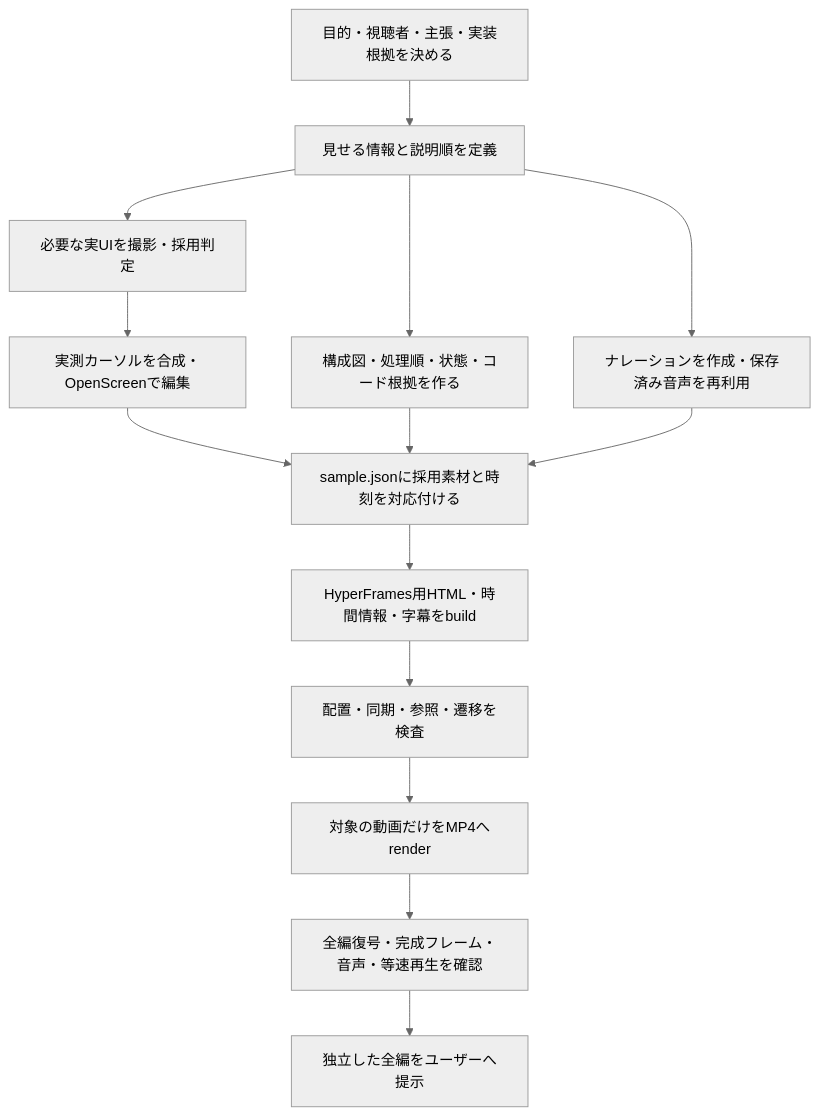
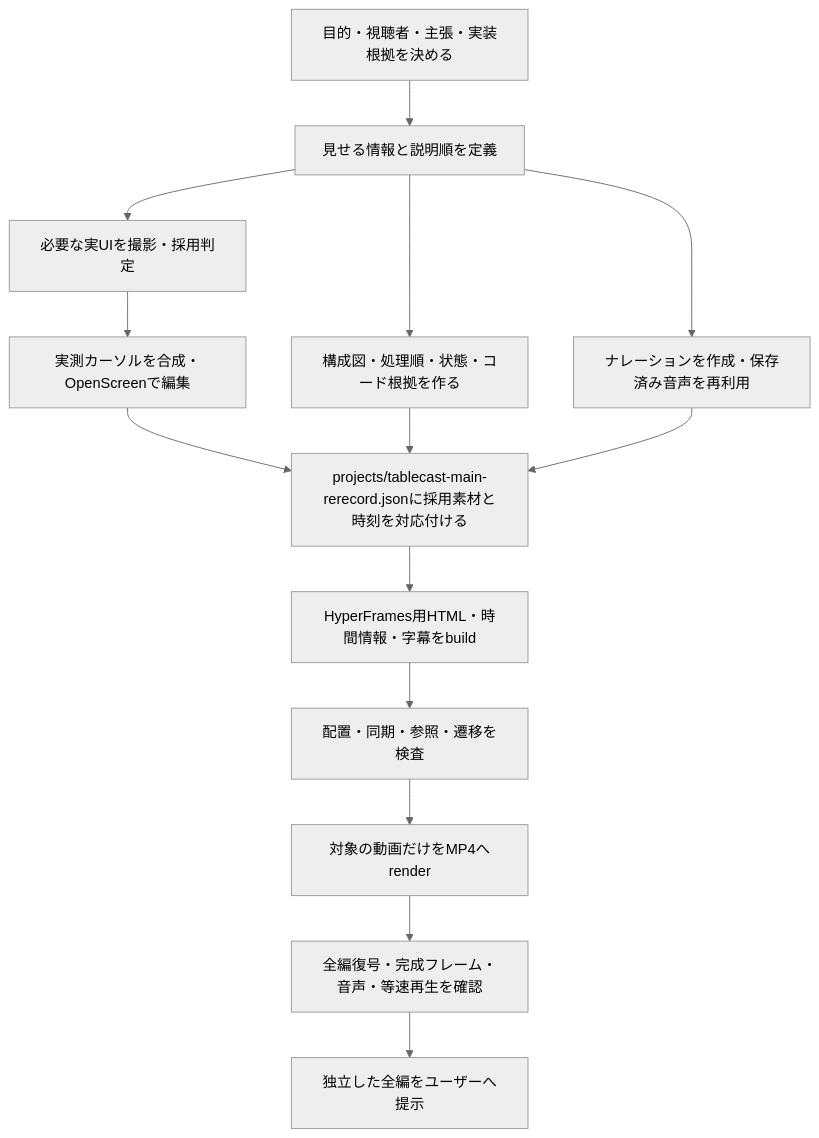
Before and after one commit to kit-codex-hack-fes-2026/tablecast-poc: the diagram in apps/presentation/GENERATION.md, drawn with Mermaid (neutral theme). The commit also changed other lines of this file and 207 other files, not shown here.

````diff
--- a/apps/presentation/GENERATION.md
+++ b/apps/presentation/GENERATION.md
@@ -25,16 +15,16 @@
 ```mermaid
 flowchart TD
   A[目的・視聴者・主張・実装根拠を決める] --> B[見せる情報と説明順を定義]
   B --> C[必要な実UIを撮影・採用判定]
   C --> D[実測カーソルを合成・OpenScreenで編集]
   B --> E[構成図・処理順・状態・コード根拠を作る]
   B --> F[ナレーションを作成・保存済み音声を再利用]
-  D --> G[sample.jsonに採用素材と時刻を対応付ける]
+  D --> G[projects/tablecast-main-rerecord.jsonに採用素材と時刻を対応付ける]
   E --> G
   F --> G
   G --> H[HyperFrames用HTML・時間情報・字幕をbuild]
   H --> I[配置・同期・参照・遷移を検査]
   I --> J[対象の動画だけをMP4へrender]
   J --> K[全編復号・完成フレーム・音声・等速再生を確認]
   K --> L[独立した全編をユーザーへ提示]
 ```
````
